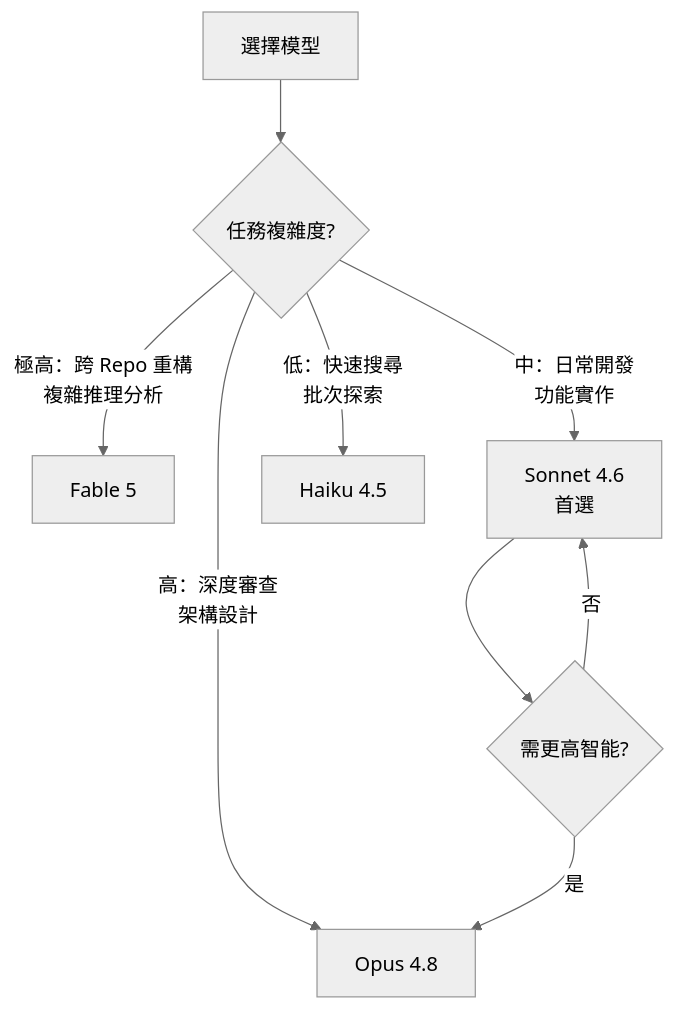
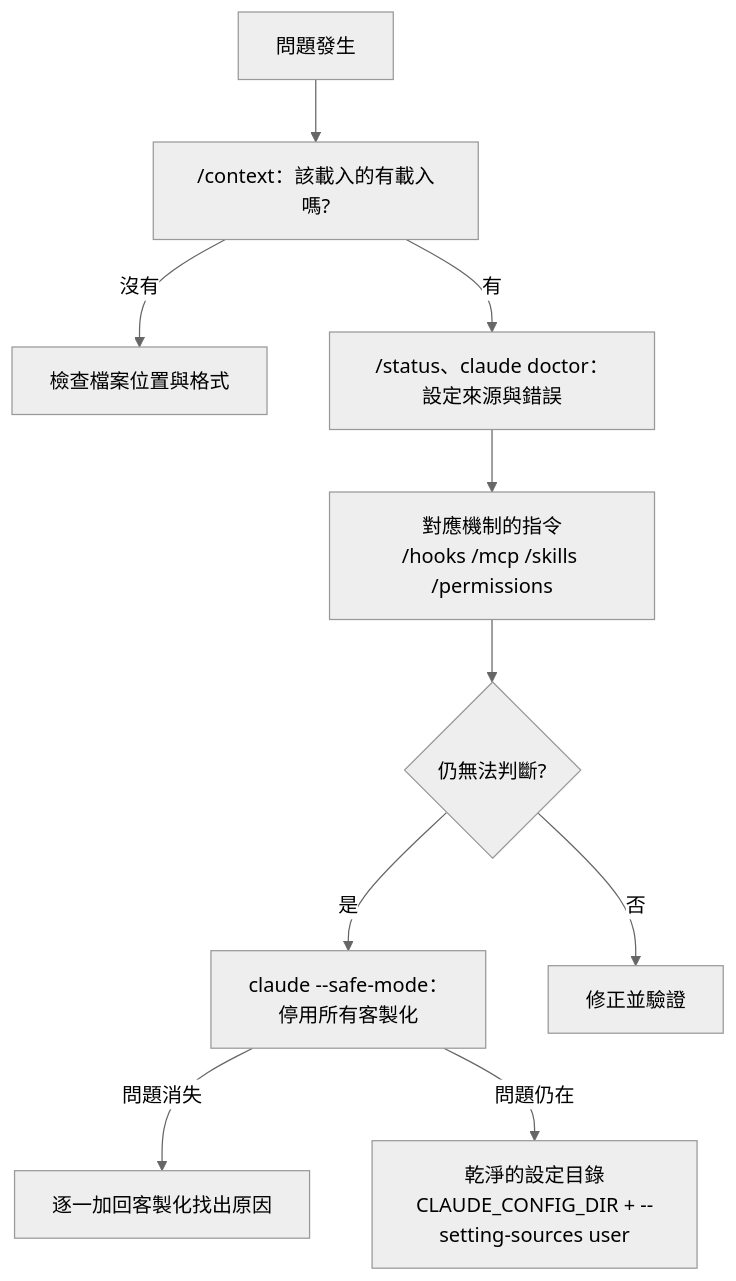
Before and after one commit to chihhung/Blog: the ninth of 9 diagrams in content/posts/教學/AI開發/claude-howto 教學手冊.md, drawn with Mermaid (neutral theme). The commit also changed other lines of this file and 4 other files, not shown here.

````diff
--- a/content/posts/教學/AI開發/claude-howto 教學手冊.md
+++ b/content/posts/教學/AI開發/claude-howto 教學手冊.md
@@ -2560,11 +5205,12 @@
 ```mermaid
-graph TD
-    A[選擇模型] --> B{任務複雜度?}
-    B -->|極高：跨 Repo 重構<br/>複雜推理分析| C[Fable 5]
-    B -->|高：深度審查<br/>架構設計| D[Opus 4.8]
-    B -->|中：日常開發<br/>功能實作| E[Sonnet 4.6<br/>首選]
-    B -->|低：快速搜尋<br/>批次探索| F[Haiku 4.5]
-    E --> G{需更高智能?}
-    G -->|是| D
-    G -->|否| E
+flowchart TD
+    A[問題發生] --> B["/context：該載入的有載入嗎?"]
+    B -->|沒有| C[檢查檔案位置與格式]
+    B -->|有| D["/status、claude doctor：設定來源與錯誤"]
+    D --> E[對應機制的指令<br/>/hooks /mcp /skills /permissions]
+    E --> F{仍無法判斷?}
+    F -->|是| G["claude --safe-mode：<br/>停用所有客製化"]
+    G -->|問題消失| H[逐一加回客製化找出原因]
+    G -->|問題仍在| I["乾淨的設定目錄<br/>CLAUDE_CONFIG_DIR + --setting-sources user"]
+    F -->|否| J[修正並驗證]
 ```
````
